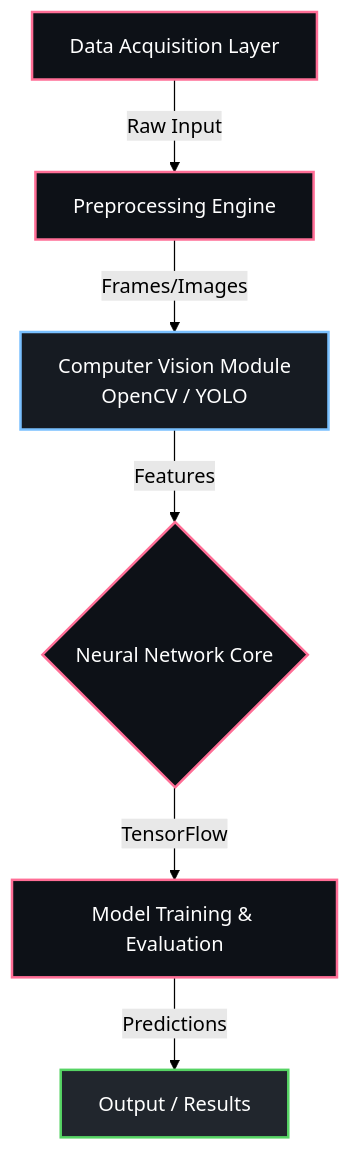
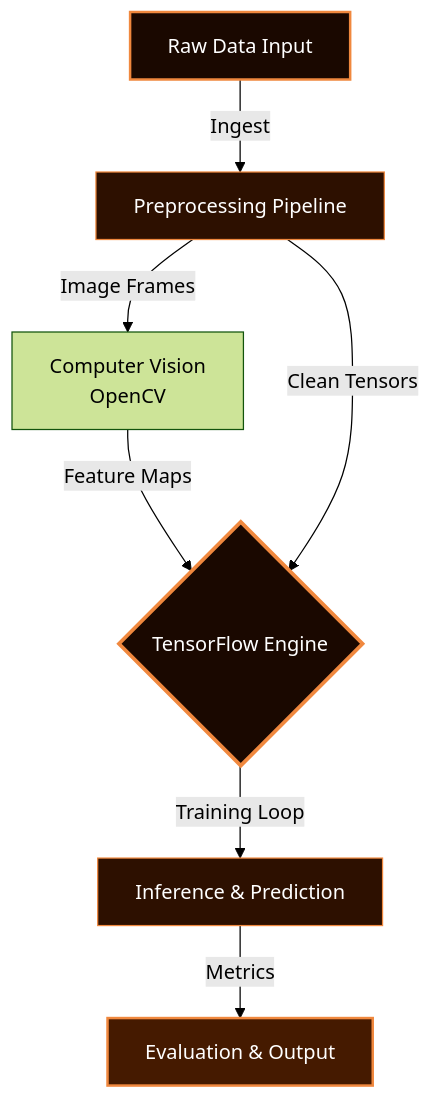
Before and after one commit to Nytrynox/AI-Driver-Monitering-System: the diagram in README.md, drawn with Mermaid (forest theme). The commit also changed other lines of this file, not shown here.

````diff
--- a/README.md
+++ b/README.md
@@ -30,16 +35,15 @@
 ```mermaid
 graph TD;
-    A["Data Acquisition Layer"] -->|Raw Input| B["Preprocessing Engine"];
-    B -->|Frames/Images| C["Computer Vision Module<br/>OpenCV / YOLO"];
-    C -->|Features| D{"Neural Network Core"};
-    D -->|TensorFlow| E["Model Training & Evaluation"];
-    E -->|Predictions| F["Output / Results"];
+    A["Raw Data Input"] -->|"Ingest"| B["Preprocessing Pipeline"];
+    B -->|"Image Frames"| CV["Computer Vision<br/>OpenCV"];
+    CV -->|"Feature Maps"| D;
+    B -->|"Clean Tensors"| D{"TensorFlow Engine"};
+    D -->|"Training Loop"| E["Inference & Prediction"];
+    E -->|"Metrics"| F["Evaluation & Output"];
 
-    classDef ml fill:#0d1117,stroke:#ff6e96,stroke-width:2px,color:#fff;
-    classDef cv fill:#161b22,stroke:#79c0ff,stroke-width:2px,color:#fff;
-    classDef web fill:#21262d,stroke:#56d364,stroke-width:2px,color:#fff;
-    class A,B ml;
-    class C cv;
-    class D,E ml;
-    class F,G web;
+    style A fill:#1a0800,stroke:#f0883e,stroke-width:2px,color:#fff
+    style B fill:#2d1000,stroke:#f0883e,stroke-width:1px,color:#fff
+    style D fill:#1a0800,stroke:#f0883e,stroke-width:3px,color:#fff
+    style E fill:#2d1000,stroke:#f0883e,stroke-width:1px,color:#fff
+    style F fill:#451a00,stroke:#f0883e,stroke-width:2px,color:#fff
 ```
````
